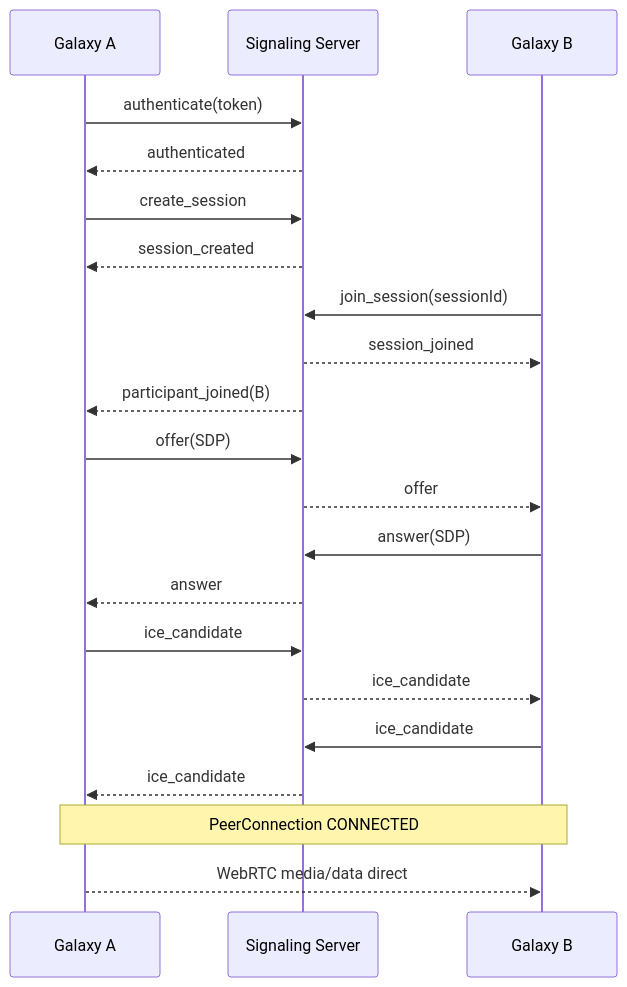
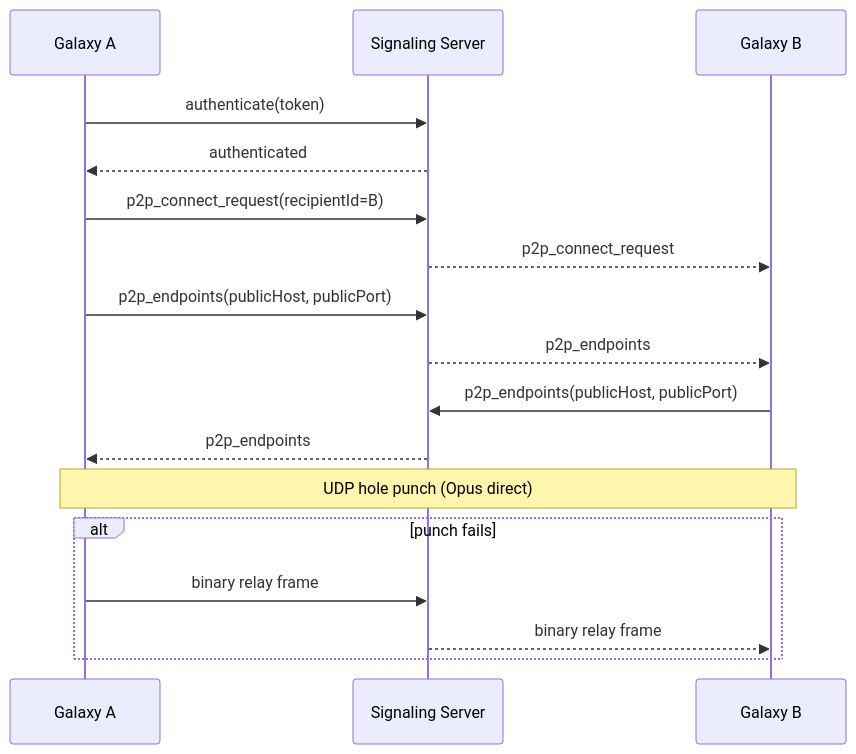
The second of 4 diagrams in docs/architecture.md (nblaisot/voxcrew), drawn with Mermaid before and after one commit. The commit also changed other lines of this file and 60 other files, not shown here.

First line of the commit message:
Remove dead WebRTC stack and keep lanlink cloud fallback.

````diff
--- a/docs/architecture.md
+++ b/docs/architecture.md
@@ -37,23 +59,19 @@
 ```mermaid
 sequenceDiagram
   participant A as Galaxy A
   participant S as Signaling Server
   participant B as Galaxy B
   A->>S: authenticate(token)
   S-->>A: authenticated
-  A->>S: create_session
-  S-->>A: session_created
-  B->>S: join_session(sessionId)
-  S-->>B: session_joined
-  S-->>A: participant_joined(B)
-  A->>S: offer(SDP)
-  S-->>B: offer
-  B->>S: answer(SDP)
-  S-->>A: answer
-  A->>S: ice_candidate
-  S-->>B: ice_candidate
-  B->>S: ice_candidate
-  S-->>A: ice_candidate
-  Note over A,B: PeerConnection CONNECTED
-  A-->>B: WebRTC media/data direct
+  A->>S: p2p_connect_request(recipientId=B)
+  S-->>B: p2p_connect_request
+  A->>S: p2p_endpoints(publicHost, publicPort)
+  S-->>B: p2p_endpoints
+  B->>S: p2p_endpoints(publicHost, publicPort)
+  S-->>A: p2p_endpoints
+  Note over A,B: UDP hole punch (Opus direct)
+  alt punch fails
+    A->>S: binary relay frame
+    S-->>B: binary relay frame
+  end
 ```
````
